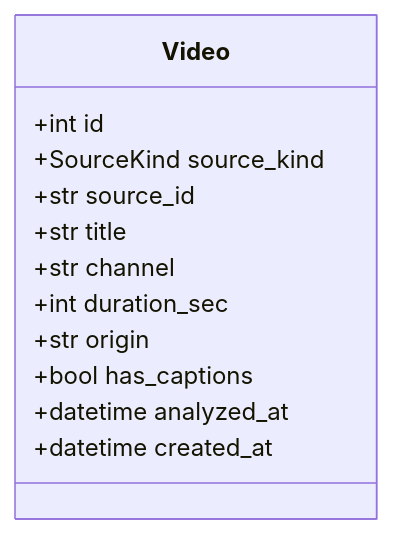
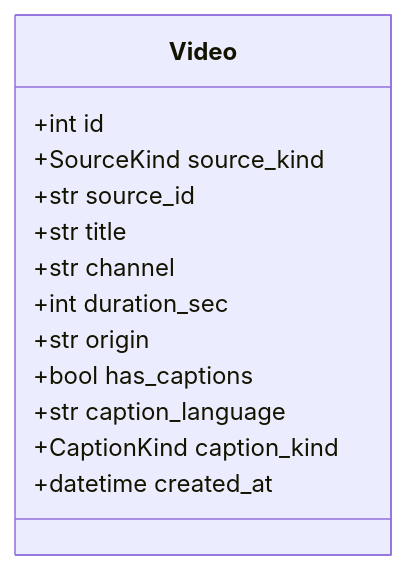
The first of 18 diagrams in docs/specs/06-DOM/VA-DOM-002.md (HoyoungParkme/video-agent), drawn with Mermaid before and after one commit. The commit also changed other lines of this file, not shown here.

````diff
--- a/docs/specs/06-DOM/VA-DOM-002.md
+++ b/docs/specs/06-DOM/VA-DOM-002.md
@@ -101,15 +177,16 @@
 ```mermaid
 classDiagram
     class Video {
         +int id
         +SourceKind source_kind
         +str source_id
         +str title
         +str channel
         +int duration_sec
         +str origin
         +bool has_captions
-        +datetime analyzed_at
+        +str caption_language
+        +CaptionKind caption_kind
         +datetime created_at
     }
 ```
````
